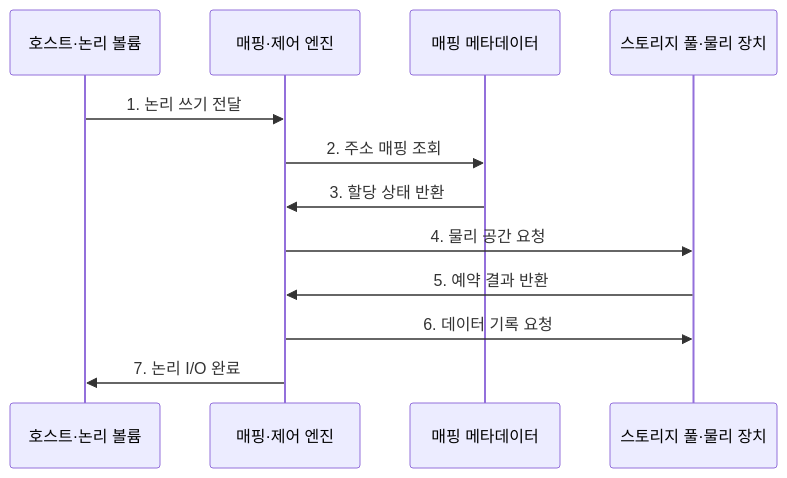
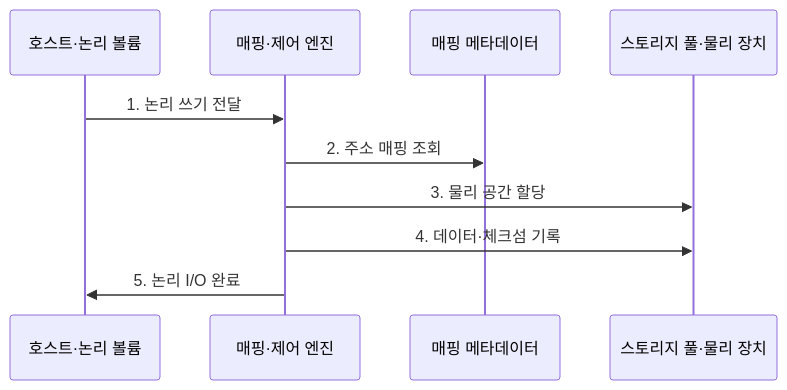
The second of 2 diagrams in src/content/docs/notes/02-hardware/081_storage_virtualization.md (agnusdei1207/knowledge-base), drawn with Mermaid before and after one commit. The commit also changed other lines of this file and 86 other files, not shown here.

````diff
--- a/src/content/docs/notes/02-hardware/081_storage_virtualization.md
+++ b/src/content/docs/notes/02-hardware/081_storage_virtualization.md
@@ -87,15 +89,13 @@
 ```mermaid
 sequenceDiagram
     participant H as 호스트·논리 볼륨
     participant M as 매핑·제어 엔진
     participant T as 매핑 메타데이터
     participant P as 스토리지 풀·물리 장치
 
     H->>M: 1. 논리 쓰기 전달
     M->>T: 2. 주소 매핑 조회
-    T->>M: 3. 할당 상태 반환
-    M->>P: 4. 물리 공간 요청
-    P->>M: 5. 예약 결과 반환
-    M->>P: 6. 데이터 기록 요청
-    M->>H: 7. 논리 I/O 완료
+    M->>P: 3. 물리 공간 할당
+    M->>P: 4. 데이터·체크섬 기록
+    M->>H: 5. 논리 I/O 완료
 ```
````
